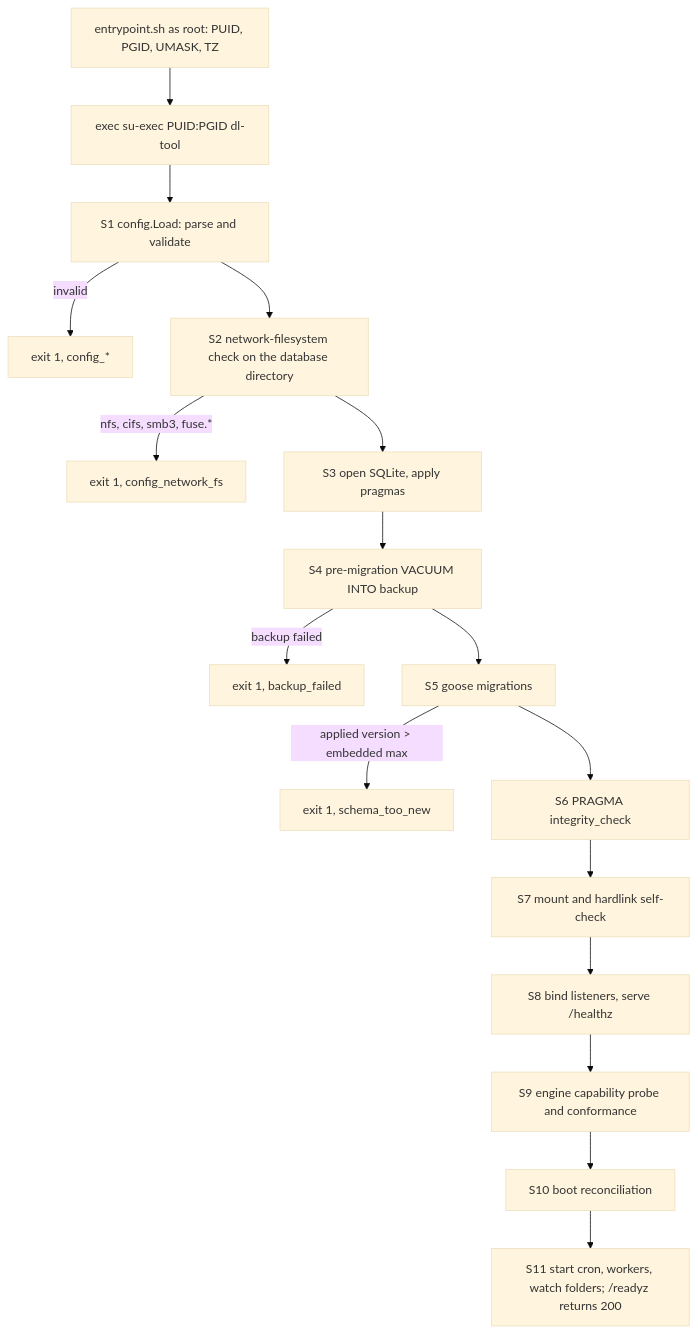
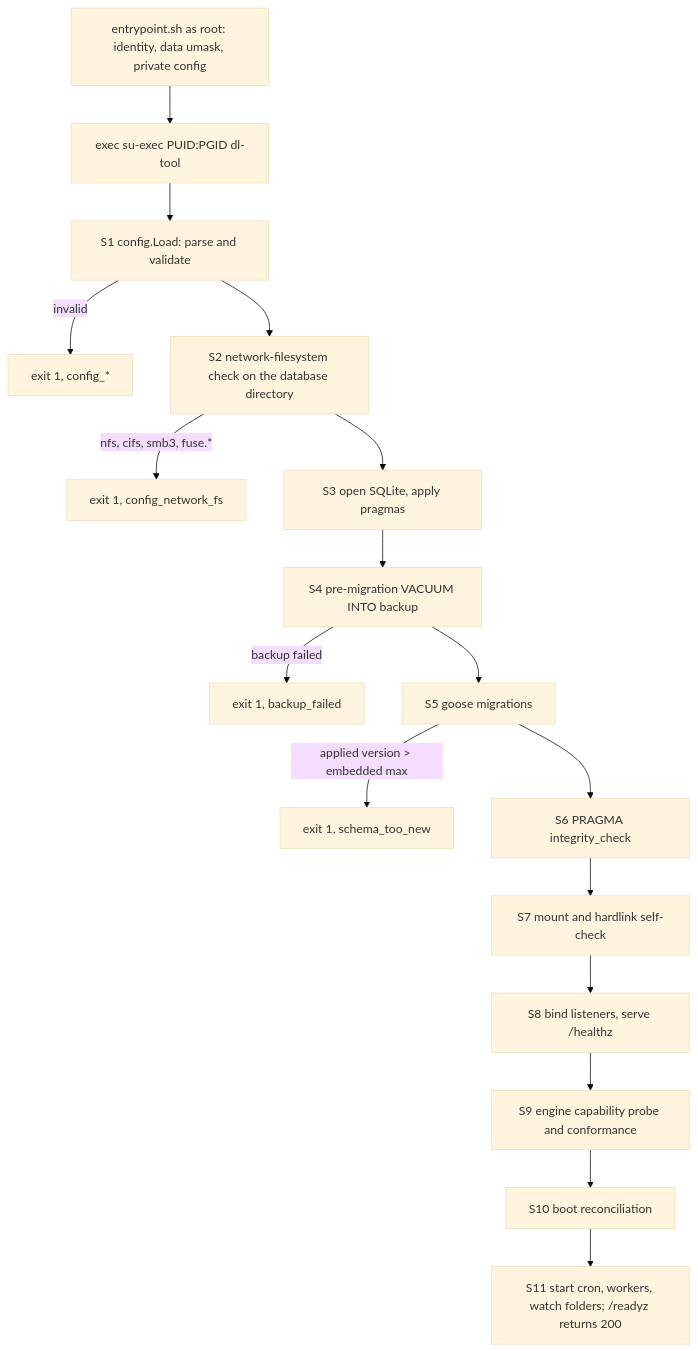
One commit to L-K-M/dl-tool changed the diagram in docs/17-operations-and-runbook.md. Above: the diagram before and after it, drawn with Mermaid (base theme). The commit also changed other lines of this file and 5 other files, not shown here.

````diff
--- a/docs/17-operations-and-runbook.md
+++ b/docs/17-operations-and-runbook.md
@@ -37,19 +37,19 @@
 ```mermaid
 flowchart TD
-  A["entrypoint.sh as root: PUID, PGID, UMASK, TZ"] --> B["exec su-exec PUID:PGID dl-tool"]
+  A["entrypoint.sh as root: identity, data umask, private config"] --> B["exec su-exec PUID:PGID dl-tool"]
   B --> C["S1 config.Load: parse and validate"]
   C -->|invalid| X1["exit 1, config_*"]
   C --> D["S2 network-filesystem check on the database directory"]
   D -->|"nfs, cifs, smb3, fuse.*"| X2["exit 1, config_network_fs"]
   D --> E["S3 open SQLite, apply pragmas"]
   E --> F["S4 pre-migration VACUUM INTO backup"]
   F -->|backup failed| X3["exit 1, backup_failed"]
   F --> G["S5 goose migrations"]
   G -->|"applied version > embedded max"| X4["exit 1, schema_too_new"]
   G --> H["S6 PRAGMA integrity_check"]
   H --> I["S7 mount and hardlink self-check"]
   I --> J["S8 bind listeners, serve /healthz"]
   J --> K["S9 engine capability probe and conformance"]
   K --> L["S10 boot reconciliation"]
   L --> M["S11 start cron, workers, watch folders; /readyz returns 200"]
 ```
````
